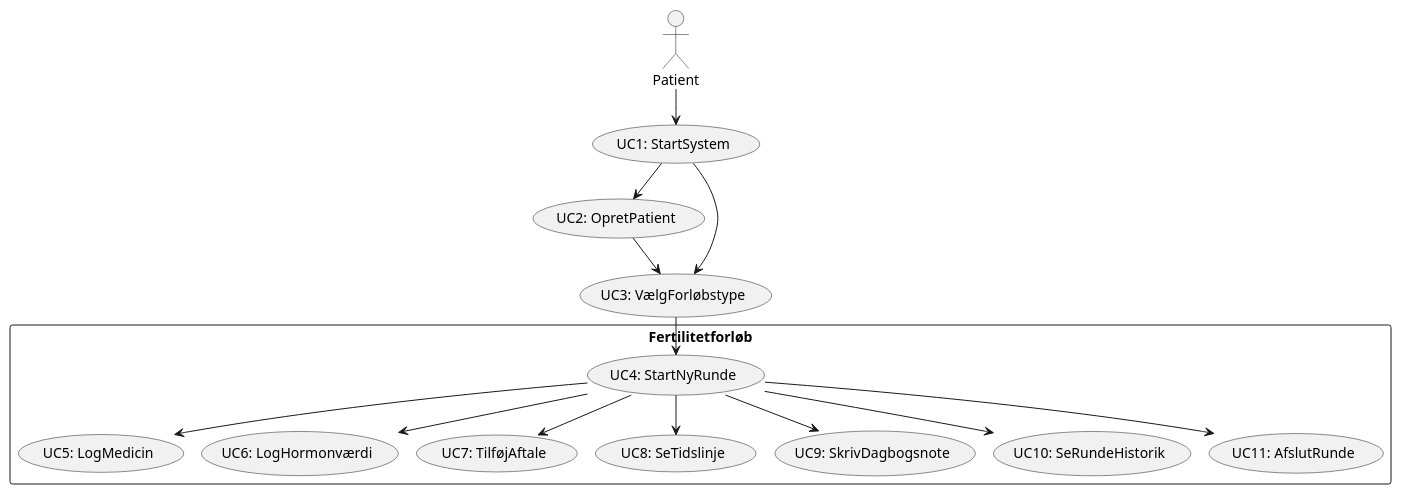
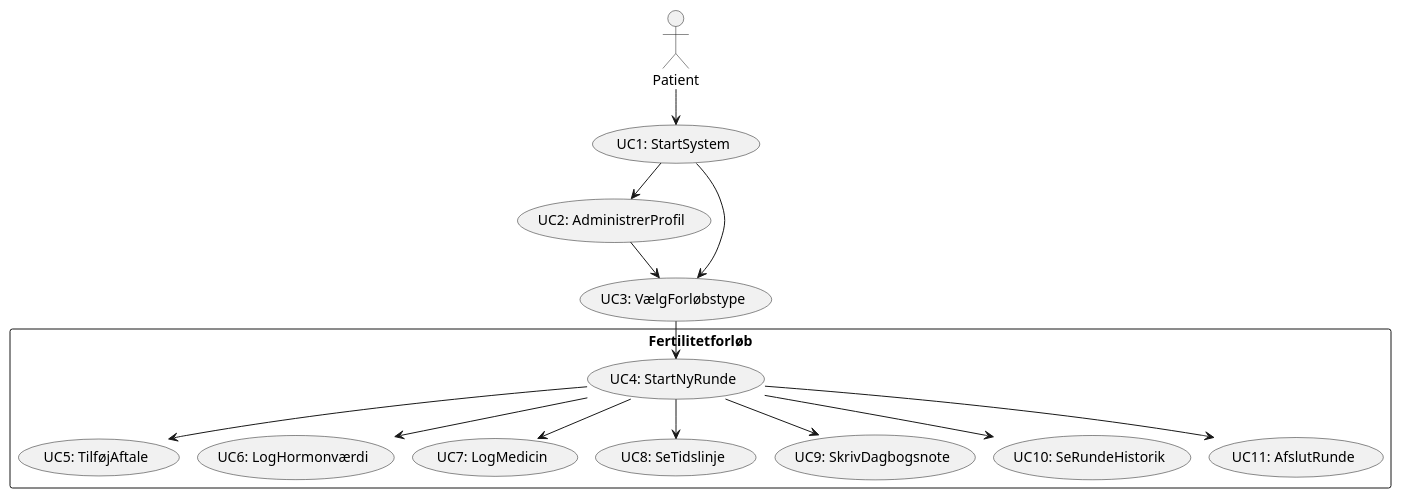
One commit to BesimaP/SP4---MiniSP changed the diagram in doc/dynamic/usecase.puml. Above: the diagram before and after it, drawn with PlantUML. The commit also changed 5 other files, not shown here.

Commit message:
opdateret usecases, domænemodel og Klassediagram3.puml

```diff
--- a/doc/dynamic/usecase.puml
+++ b/doc/dynamic/usecase.puml
@@ -1,35 +1,35 @@
 @startuml
 !pragma layout smetana
 
 actor "Patient" as u
 
 usecase "UC1: StartSystem" as UC1
-usecase "UC2: OpretPatient" as UC2
+usecase "UC2: AdministrerProfil" as UC2
 usecase "UC3: VælgForløbstype" as UC3
 
 rectangle "Fertilitetforløb" {
   usecase "UC4: StartNyRunde" as UC4
-  usecase "UC5: LogMedicin" as UC5
+  usecase "UC5: TilføjAftale" as UC5
   usecase "UC6: LogHormonværdi" as UC6
-  usecase "UC7: TilføjAftale" as UC7
+  usecase "UC7: LogMedicin" as UC7
   usecase "UC8: SeTidslinje" as UC8
   usecase "UC9: SkrivDagbogsnote" as UC9
   usecase "UC10: SeRundeHistorik" as UC10
   usecase "UC11: AfslutRunde" as UC11
 }
 
 u --> UC1
 
 UC1 --> UC2
 UC1 --> UC3
 UC2 --> UC3
 UC3 --> UC4
 UC4 --> UC5
 UC4 --> UC6
 UC4 --> UC7
 UC4 --> UC8
 UC4 --> UC9
 UC4 --> UC10
 UC4 --> UC11
 
 @enduml
```
